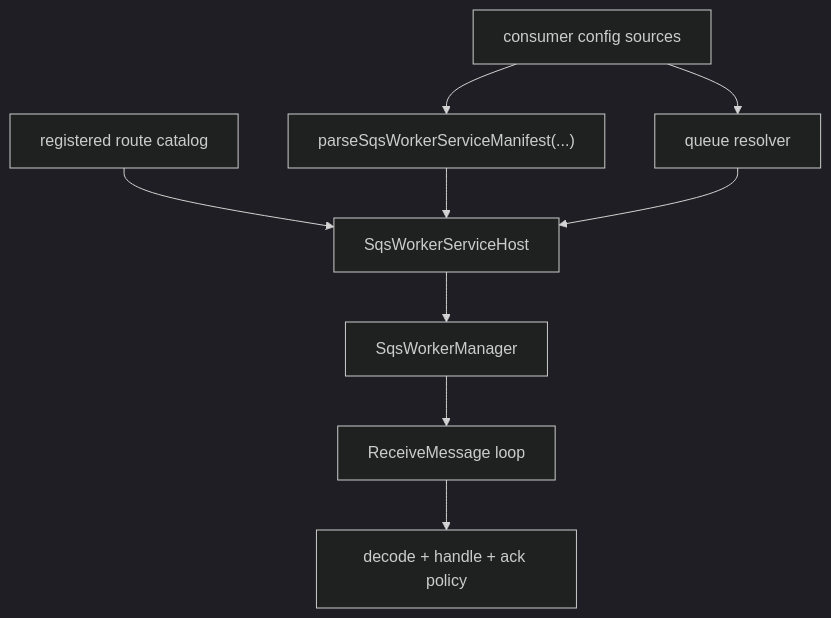
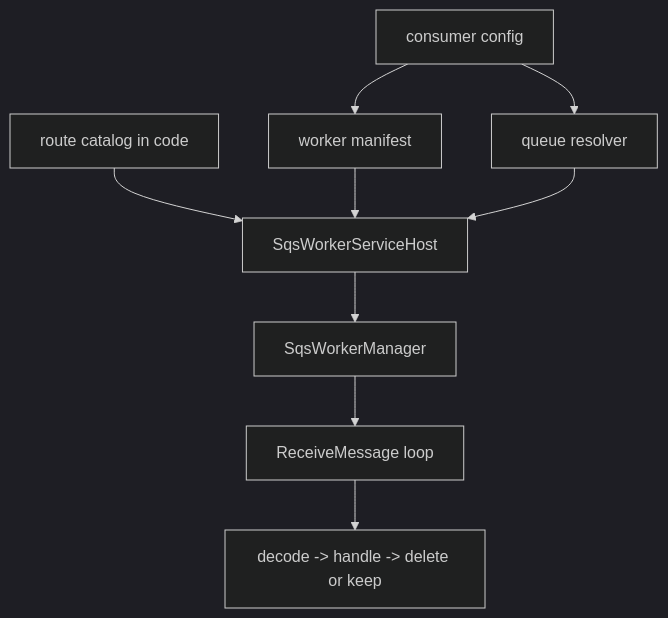
One commit to idenstra/messaging-runtime changed the first of 3 diagrams in docs/USAGE.md. Above: the diagram before and after it, drawn with Mermaid (dark theme). The commit also changed other lines of this file and 14 other files, not shown here.

````diff
--- a/docs/USAGE.md
+++ b/docs/USAGE.md
@@ -64,20 +43,20 @@
 ```mermaid
 flowchart TD
-  Config["consumer config sources"]
-  Manifest["parseSqsWorkerServiceManifest(...)"]
-  Routes["registered route catalog"]
+  Config["consumer config"]
+  Routes["route catalog in code"]
+  Manifest["worker manifest"]
   Resolver["queue resolver"]
   Host["SqsWorkerServiceHost"]
   Manager["SqsWorkerManager"]
   Poll["ReceiveMessage loop"]
-  Handle["decode + handle + ack policy"]
+  Handle["decode -> handle -> delete or keep"]
 
   Config --> Manifest
   Config --> Resolver
   Routes --> Host
   Manifest --> Host
   Resolver --> Host
   Host --> Manager
   Manager --> Poll
   Poll --> Handle
 ```
````
